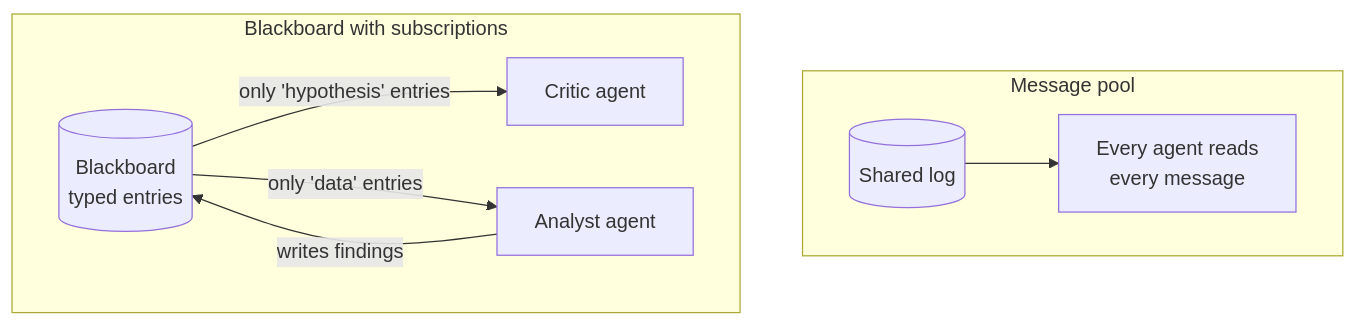
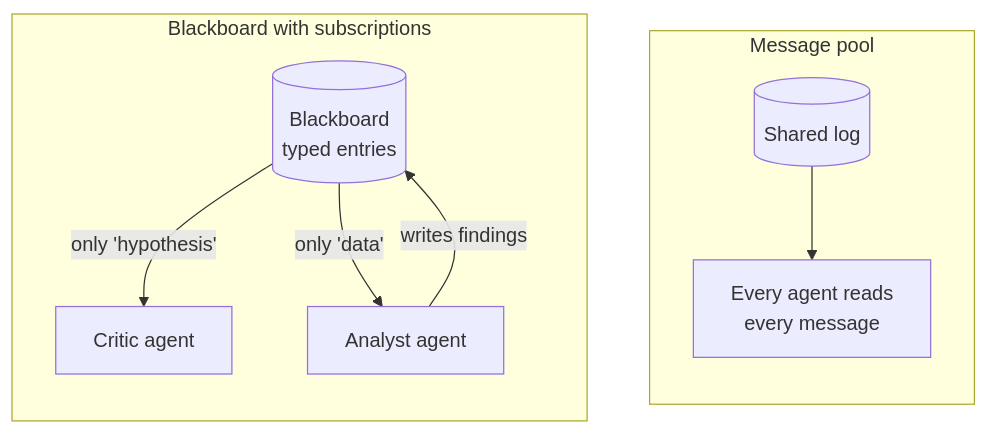
The diagram in data/diagrams/a1613.mmd (Abhi4972/AI-From-Zero-to-Hero), drawn with Mermaid before and after one commit. The commit also changed 88 other files, not shown here.

First line of the commit message:
Phase 14: step-through diagrams for 30 lessons; tidy wide Phase 15-16 diagrams

```diff
--- a/data/diagrams/a1613.mmd
+++ b/data/diagrams/a1613.mmd
@@ -1,9 +1,11 @@
 flowchart TD
   subgraph MP["Message pool"]
+    direction TB
     P[("Shared log")] --> X1["Every agent reads<br/>every message"]
   end
   subgraph BB["Blackboard with subscriptions"]
-    B[("Blackboard<br/>typed entries")] -->|"only 'hypothesis' entries"| Y1["Critic agent"]
-    B -->|"only 'data' entries"| Y2["Analyst agent"]
+    direction TB
+    B[("Blackboard<br/>typed entries")] -->|"only 'hypothesis'"| Y1["Critic agent"]
+    B -->|"only 'data'"| Y2["Analyst agent"]
     Y2 -->|"writes findings"| B
   end
```
